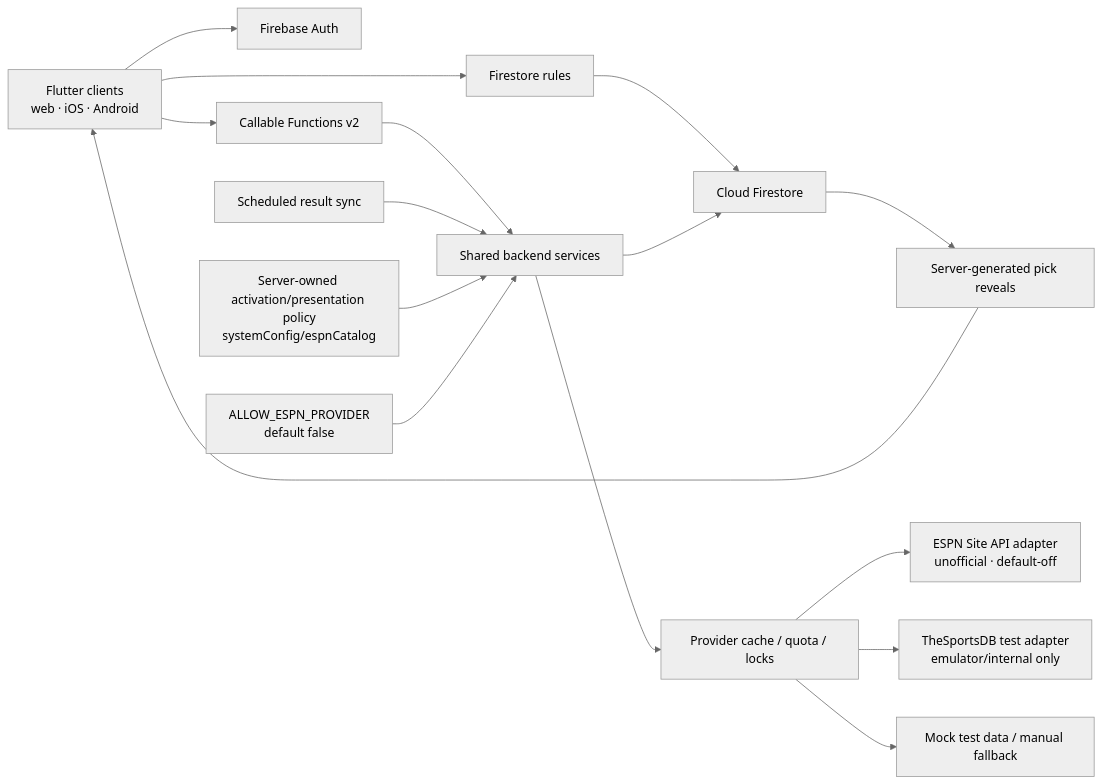
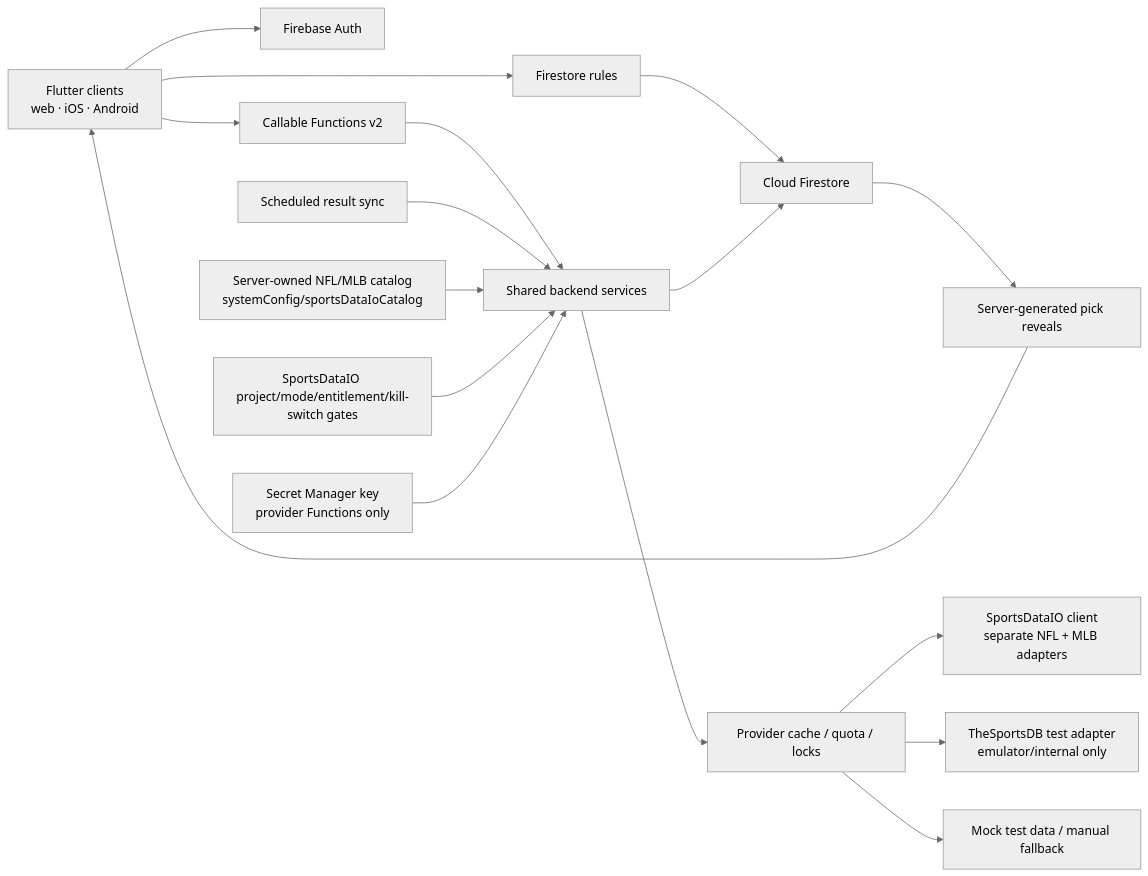
One commit to mleikam1/lukespics changed the diagram in docs/architecture.md. Above: the diagram before and after it, drawn with Mermaid (neutral theme). The commit also changed other lines of this file and 74 other files, not shown here.

Commit message:
Replace ESPN with guarded SportsDataIO provider

````diff
--- a/docs/architecture.md
+++ b/docs/architecture.md
@@ -5,18 +5,19 @@
 ```mermaid
 flowchart LR
   Client["Flutter clients<br/>web · iOS · Android"] --> Auth["Firebase Auth"]
   Client --> Rules["Firestore rules"]
   Rules --> Firestore["Cloud Firestore"]
   Client --> Callables["Callable Functions v2"]
   Callables --> Services["Shared backend services"]
   Scheduler["Scheduled result sync"] --> Services
   Services --> Firestore
-  Config["Server-owned activation/presentation policy<br/>systemConfig/espnCatalog"] --> Services
-  Gate["ALLOW_ESPN_PROVIDER<br/>default false"] --> Services
+  Config["Server-owned NFL/MLB catalog<br/>systemConfig/sportsDataIoCatalog"] --> Services
+  Gate["SportsDataIO project/mode/entitlement/kill-switch gates"] --> Services
+  Secret["Secret Manager key<br/>provider Functions only"] --> Services
   Services --> Cache["Provider cache / quota / locks"]
-  Cache --> Provider["ESPN Site API adapter<br/>unofficial · default-off"]
+  Cache --> Provider["SportsDataIO client<br/>separate NFL + MLB adapters"]
   Cache --> Internal["TheSportsDB test adapter<br/>emulator/internal only"]
   Cache --> Fallback["Mock test data / manual fallback"]
   Firestore --> Reveals["Server-generated pick reveals"]
   Reveals --> Client
 ```
````
